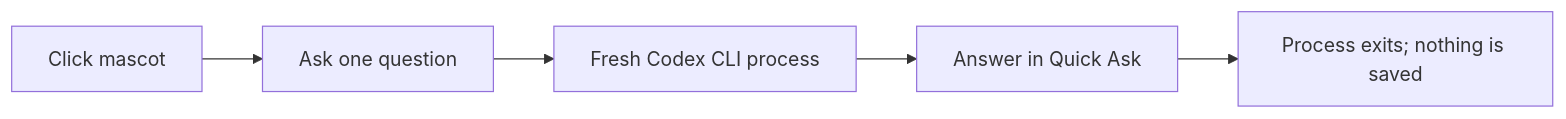
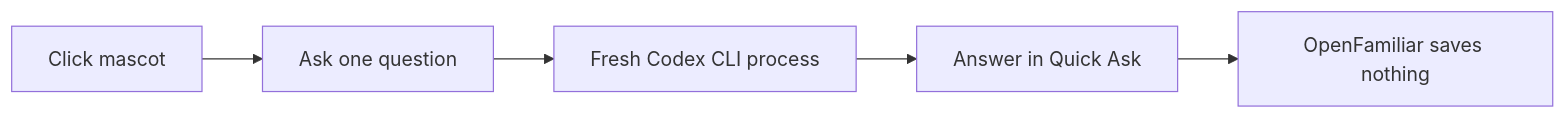
Before and after one commit to georgiegozz/openfamiliar: the diagram in README.md, drawn with Mermaid. The commit also changed other lines of this file and 1 other file, not shown here.

````diff
--- a/README.md
+++ b/README.md
@@ -80,7 +86,7 @@
 ```mermaid
 flowchart LR
   A[Click mascot] --> B[Ask one question]
   B --> C[Fresh Codex CLI process]
   C --> D[Answer in Quick Ask]
-  D --> E[Process exits; nothing is saved]
+  D --> E[OpenFamiliar saves nothing]
 ```
````
